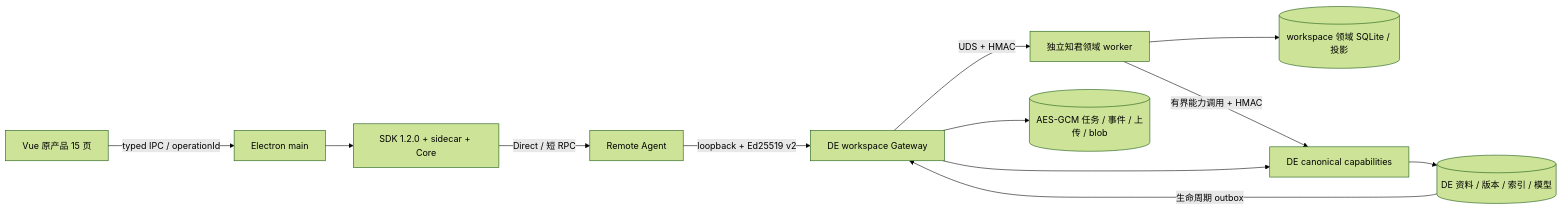
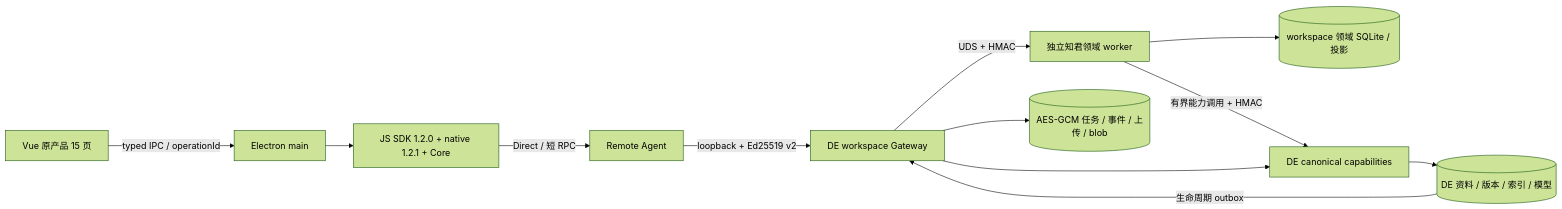
Before and after one commit to finewood2008/centaurAI-zhijun: the diagram in docs/development/ARCHITECTURE-0905.md, drawn with Mermaid (forest theme). The commit also changed other lines of this file and 9 other files, not shown here.

````diff
--- a/docs/development/ARCHITECTURE-0905.md
+++ b/docs/development/ARCHITECTURE-0905.md
@@ -32,14 +32,14 @@
 ```mermaid
 flowchart LR
   UI[Vue 原产品 15 页] -->|typed IPC / operationId| MAIN[Electron main]
-  MAIN --> SDK[SDK 1.2.0 + sidecar + Core]
+  MAIN --> SDK[JS SDK 1.2.0 + native 1.2.1 + Core]
   SDK -->|Direct / 短 RPC| AGENT[Remote Agent]
   AGENT -->|loopback + Ed25519 v2| GW[DE workspace Gateway]
   GW -->|UDS + HMAC| WORKER[独立知君领域 worker]
   WORKER --> DOMAIN[(workspace 领域 SQLite / 投影)]
   WORKER -->|有界能力调用 + HMAC| CAP[DE canonical capabilities]
   GW --> CAP
   GW --> JOBS[(AES-GCM 任务 / 事件 / 上传 / blob)]
   CAP --> DATA[(DE 资料 / 版本 / 索引 / 模型)]
   DATA -->|生命周期 outbox| GW
 ```
````
